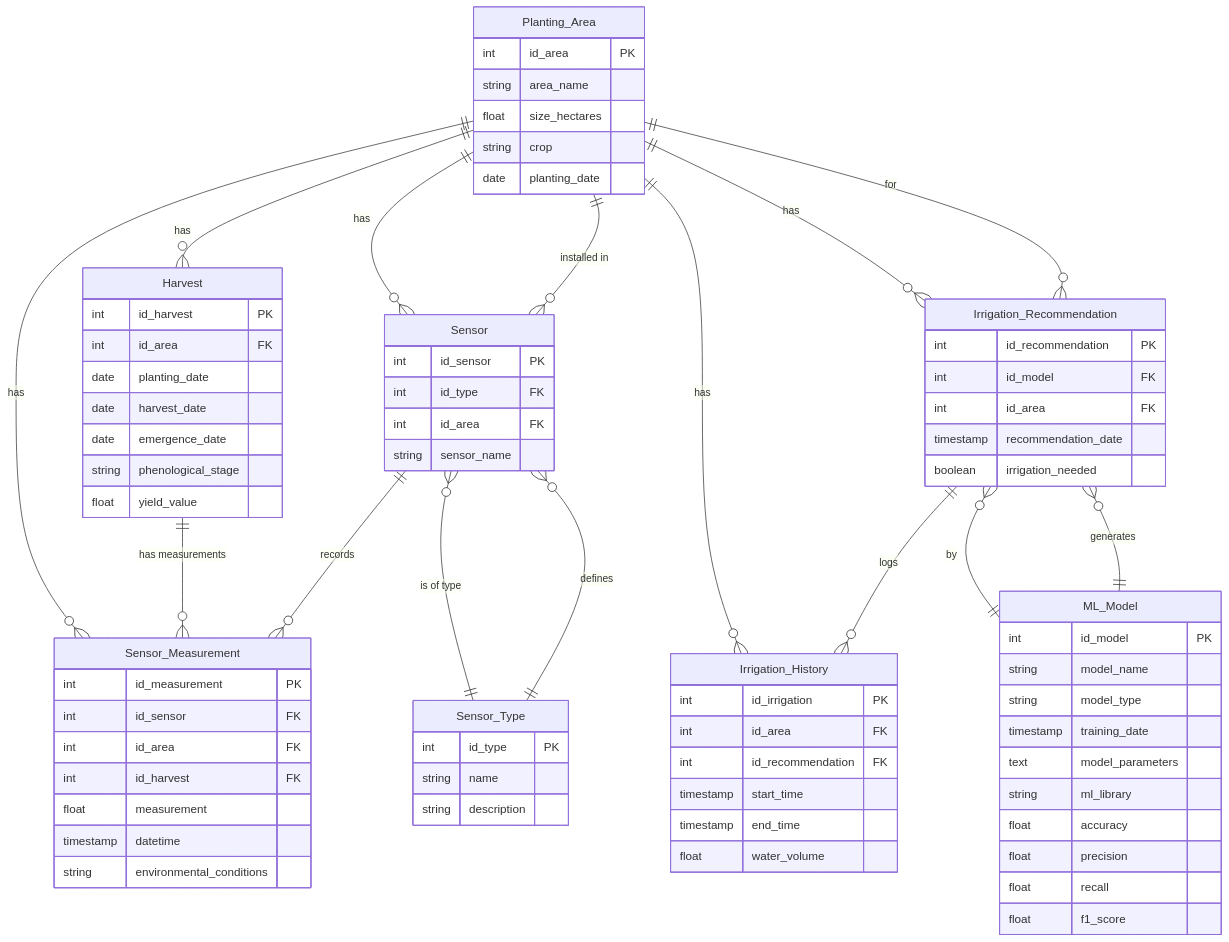
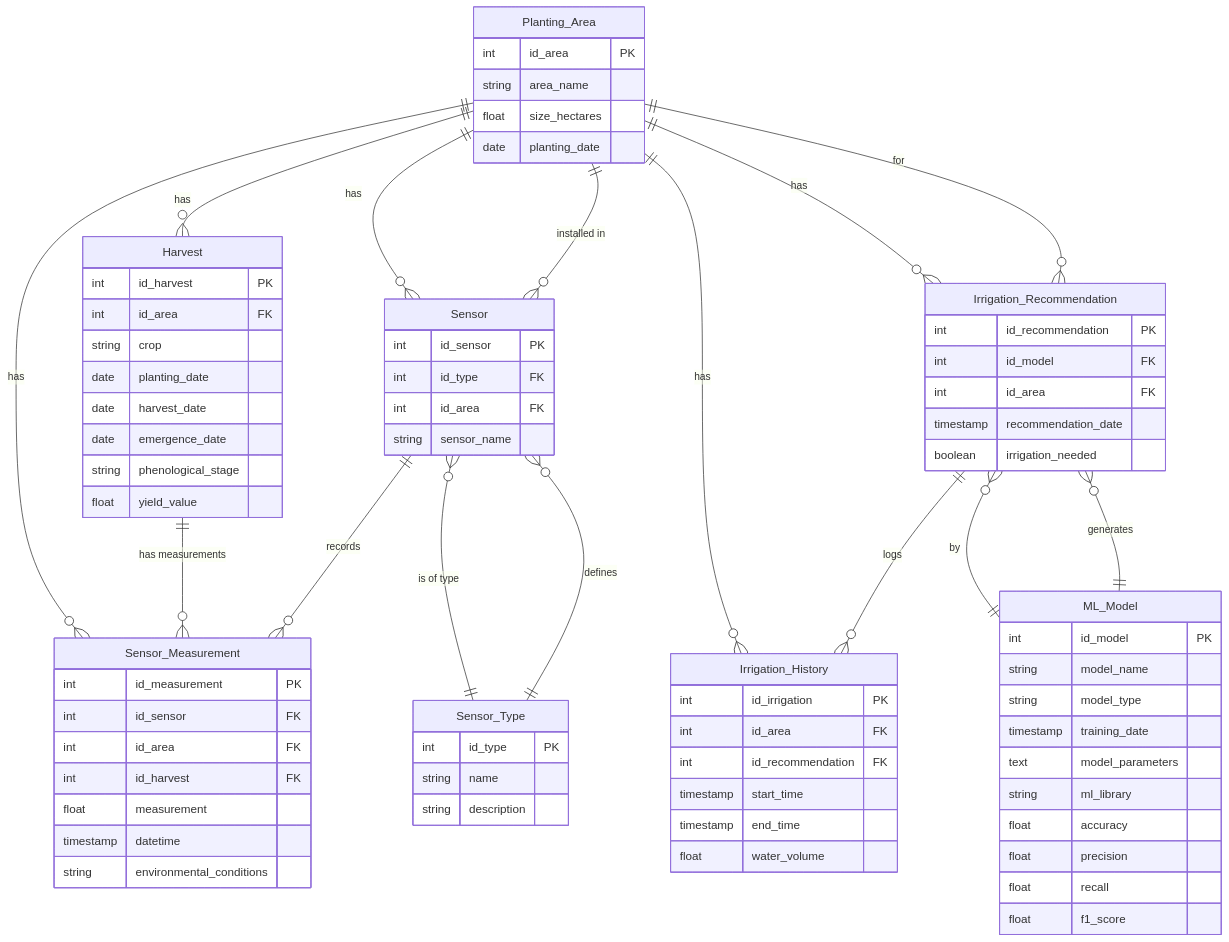
The diagram in src/db/mermaid.md (luisfuturist/activity-fiap-ai-p4a1), drawn with Mermaid before and after one commit. The commit also changed other lines of this file and 5 other files, not shown here.

```diff
--- a/src/db/mermaid.md
+++ b/src/db/mermaid.md
@@ -36,13 +36,13 @@
         int id_area PK
         string area_name
         float size_hectares
-        string crop
         date planting_date
     }
 
     Harvest {
         int id_harvest PK
         int id_area FK
+        string crop
         date planting_date
         date harvest_date
         date emergence_date
```
